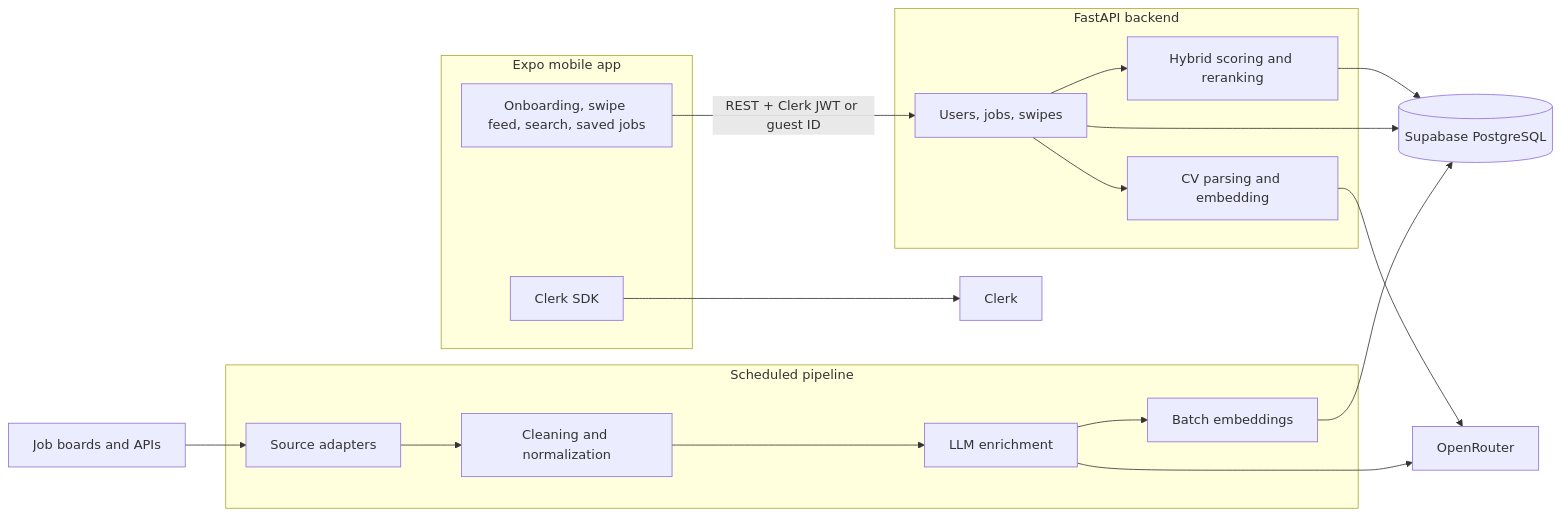
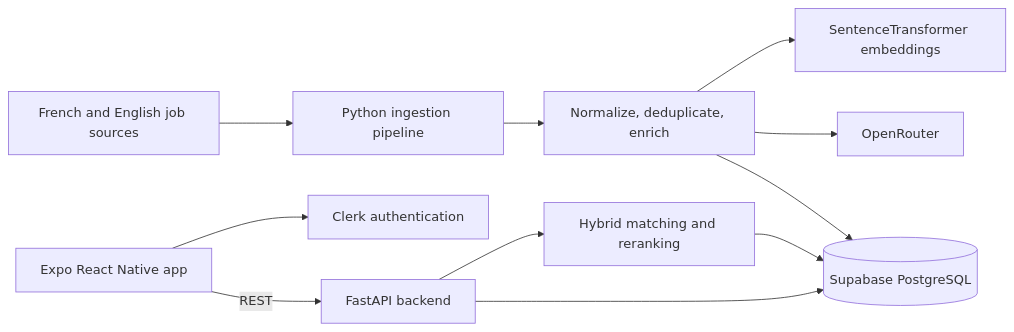
Before and after one commit to mouaad-here/SwipeTurn: the diagram in README.md, drawn with Mermaid. The commit also changed other lines of this file, not shown here.

````diff
--- a/README.md
+++ b/README.md
@@ -68,33 +63,14 @@
 ```mermaid
 flowchart LR
-    subgraph Mobile[Expo mobile app]
-        UI[Onboarding, swipe feed, search, saved jobs]
-        Auth[Clerk SDK]
-    end
+    Sources[French and English job sources] --> Pipeline[Python ingestion pipeline]
+    Pipeline --> Normalize[Normalize, deduplicate, enrich]
+    Normalize --> DB[(Supabase PostgreSQL)]
+    Normalize --> OpenRouter[OpenRouter]
+    Normalize --> Embeddings[SentenceTransformer embeddings]
 
-    subgraph API[FastAPI backend]
-        Routes[Users, jobs, swipes]
-        Match[Hybrid scoring and reranking]
-        CV[CV parsing and embedding]
-    end
-
-    subgraph Worker[Scheduled pipeline]
-        Sources[Source adapters]
-        Normalize[Cleaning and normalization]
-        Enrich[LLM enrichment]
-        Embed[Batch embeddings]
-    end
-
-    Boards[Job boards and APIs] --> Sources
-    Sources --> Normalize --> Enrich --> Embed
-    Enrich --> OpenRouter[OpenRouter]
-    Embed --> DB[(Supabase PostgreSQL)]
-
-    UI -->|REST + Clerk JWT or guest ID| Routes
-    Auth --> Clerk[Clerk]
-    Routes --> DB
-    Routes --> Match
-    Routes --> CV
-    CV --> OpenRouter
-    Match --> DB
+    Mobile[Expo React Native app] -->|REST| API[FastAPI backend]
+    Mobile --> Clerk[Clerk authentication]
+    API --> DB
+    API --> Matching[Hybrid matching and reranking]
+    Matching --> DB
 ```
````
